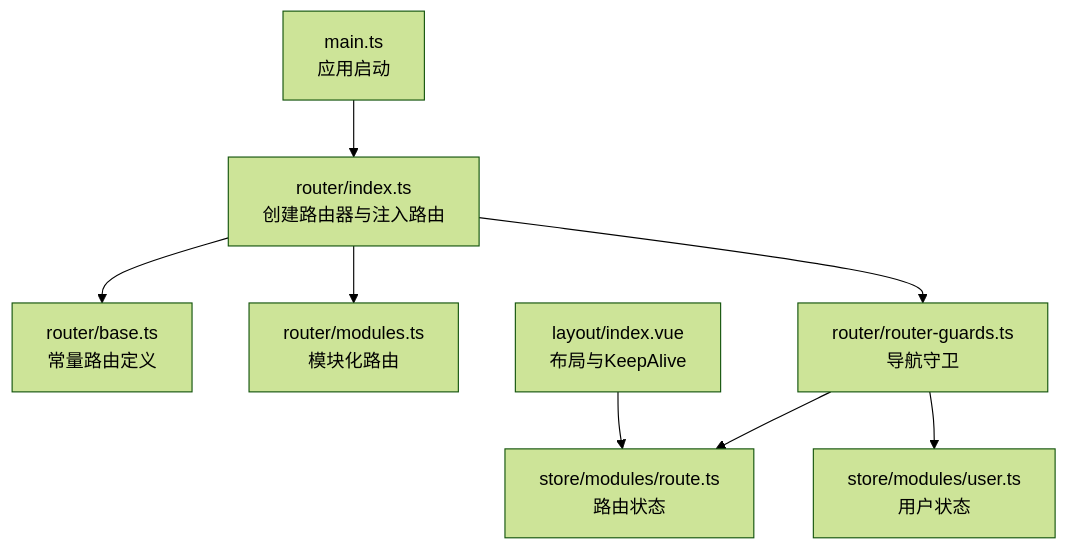
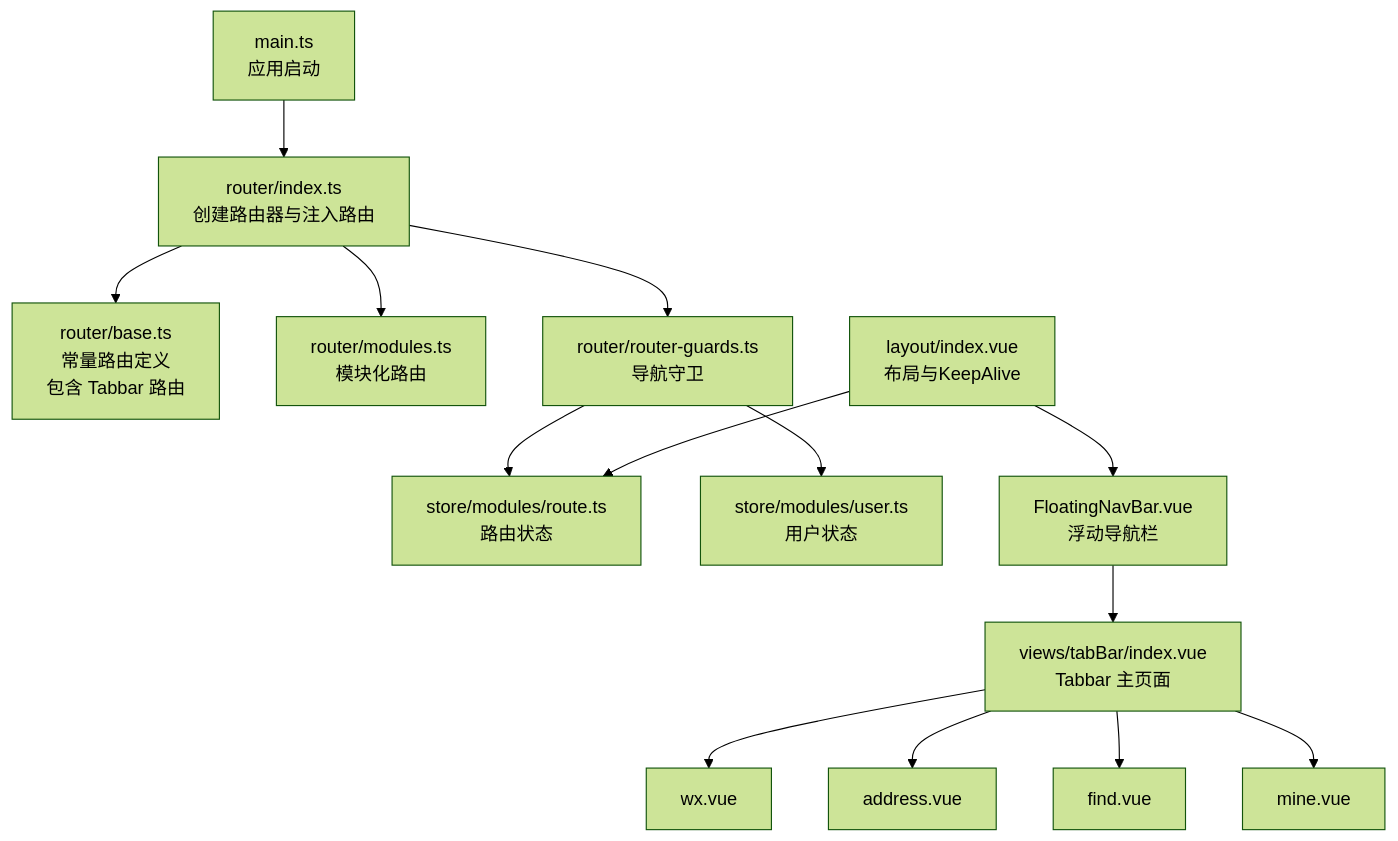
The first of 10 diagrams in .qoder/repowiki/zh/content/核心系统/路由系统.md (giserman001/vue3-vant4-mobile), drawn with Mermaid (forest theme) before and after one commit. The commit also changed other lines of this file and 60 other files, not shown here.

````diff
--- a/.qoder/repowiki/zh/content/核心系统/路由系统.md
+++ b/.qoder/repowiki/zh/content/核心系统/路由系统.md
@@ -48,10 +56,16 @@
 ```mermaid
 graph TB
 A["main.ts<br/>应用启动"] --> B["router/index.ts<br/>创建路由器与注入路由"]
-B --> C["router/base.ts<br/>常量路由定义"]
+B --> C["router/base.ts<br/>常量路由定义<br/>包含 Tabbar 路由"]
 B --> D["router/modules.ts<br/>模块化路由"]
 B --> E["router/router-guards.ts<br/>导航守卫"]
 E --> F["store/modules/route.ts<br/>路由状态"]
 E --> G["store/modules/user.ts<br/>用户状态"]
 H["layout/index.vue<br/>布局与KeepAlive"] --> F
+H --> I["FloatingNavBar.vue<br/>浮动导航栏"]
+I --> J["views/tabBar/index.vue<br/>Tabbar 主页面"]
+J --> K["wx.vue"]
+J --> L["address.vue"]
+J --> M["find.vue"]
+J --> N["mine.vue"]
 ```
````
